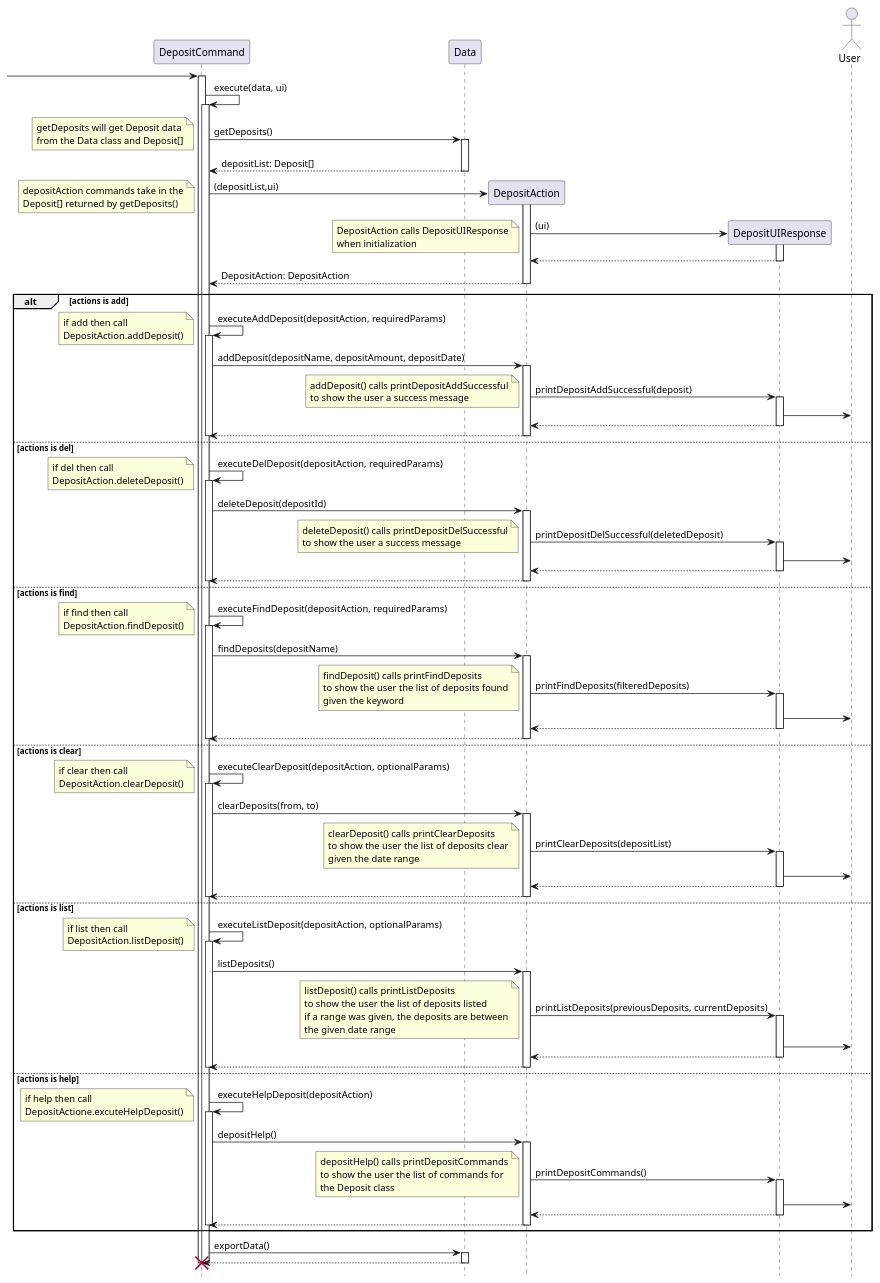
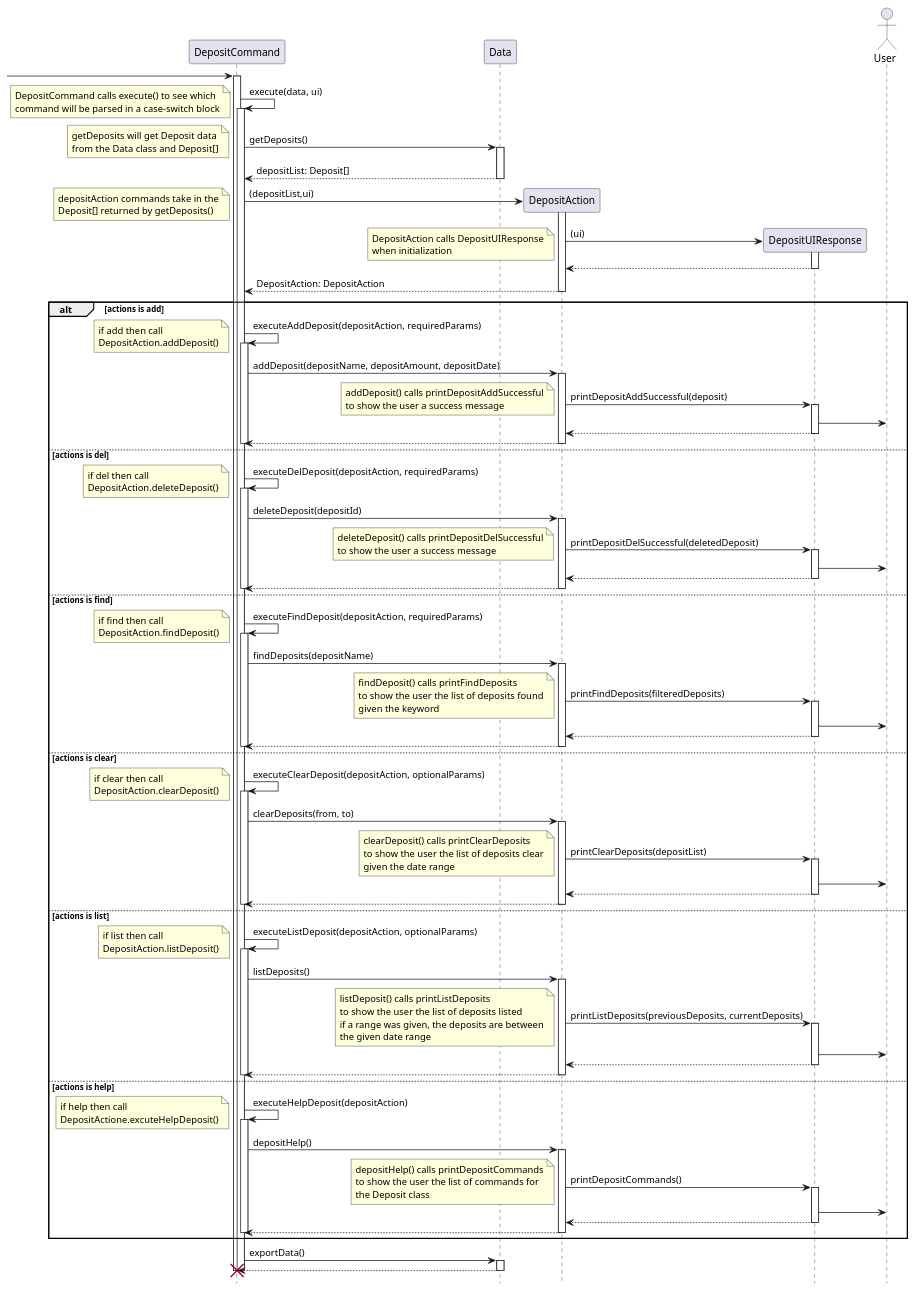
One commit to stephenkyang/tp changed the diagram in docs/diagrams/DepositCommandSequence.puml. Above: the diagram before and after it, drawn with PlantUML. The commit also changed 1 other file, not shown here.

Commit message:
added execute note.

```diff
--- a/docs/diagrams/DepositCommandSequence.puml
+++ b/docs/diagrams/DepositCommandSequence.puml
@@ -1,195 +1,199 @@
 @startuml
 
 hide footbox
 
 participant DepositCommand
 participant Data
 participant DepositAction
 participant DepositUIResponse
 actor User
 
  -> "DepositCommand":
 
 activate "DepositCommand"
 "DepositCommand" -> "DepositCommand": execute(data, ui)
+note left
+    DepositCommand calls execute() to see which
+    command will be parsed in a case-switch block
+ end note
 activate  "DepositCommand"
 "DepositCommand" -> "Data": getDeposits()
  note left
     getDeposits will get Deposit data
     from the Data class and Deposit[]
  end note
 activate "Data"
 return depositList: Deposit[]
 deactivate "Data"
 
 "DepositCommand" -> "DepositAction" ** : (depositList,ui)
  note left
     depositAction commands take in the
     Deposit[] returned by getDeposits()
  end note
 activate "DepositAction"
 
 "DepositAction" -> "DepositUIResponse" ** : (ui)
 note left
     DepositAction calls DepositUIResponse
     when initialization
  end note
 activate "DepositUIResponse"
 "DepositUIResponse" --> "DepositAction"
 deactivate "DepositUIResponse"
 
 return DepositAction: DepositAction
 deactivate "DepositAction"
 
 
 alt actions is add
 "DepositCommand" -> "DepositCommand": executeAddDeposit(depositAction, requiredParams)
 note left
     if add then call
     DepositAction.addDeposit()
  end note
 
 activate "DepositCommand"
 "DepositCommand" -> "DepositAction" : addDeposit(depositName, depositAmount, depositDate)
 activate "DepositAction"
 "DepositAction" -> "DepositUIResponse" : printDepositAddSuccessful(deposit)
 note left
     addDeposit() calls printDepositAddSuccessful
     to show the user a success message
  end note
 
 activate "DepositUIResponse"
 "DepositUIResponse" -> User
 return
 return
 
 deactivate "DepositCommand"
 
 else actions is del
 "DepositCommand" -> "DepositCommand": executeDelDeposit(depositAction, requiredParams)
 note left
     if del then call
     DepositAction.deleteDeposit()
  end note
 activate "DepositCommand"
 "DepositCommand" -> "DepositAction" : deleteDeposit(depositId)
 activate "DepositAction"
 "DepositAction" -> "DepositUIResponse" : printDepositDelSuccessful(deletedDeposit)
 note left
     deleteDeposit() calls printDepositDelSuccessful
     to show the user a success message
  end note
 activate "DepositUIResponse"
 "DepositUIResponse" -> User
 return
 return
 
 deactivate "DepositCommand"
 
 else actions is find
 "DepositCommand" -> "DepositCommand": executeFindDeposit(depositAction, requiredParams)
 note left
     if find then call
     DepositAction.findDeposit()
  end note
 activate "DepositCommand"
 "DepositCommand" -> "DepositAction" : findDeposits(depositName)
 
 activate "DepositAction"
 
 "DepositAction" -> "DepositUIResponse" : printFindDeposits(filteredDeposits)
 note left
     findDeposit() calls printFindDeposits
     to show the user the list of deposits found
     given the keyword
  end note
 activate "DepositUIResponse"
 "DepositUIResponse" -> User
 return
 return
 
 deactivate "DepositCommand"
 
 else actions is clear
 "DepositCommand" -> "DepositCommand": executeClearDeposit(depositAction, optionalParams)
 note left
     if clear then call
     DepositAction.clearDeposit()
  end note
 activate "DepositCommand"
 "DepositCommand" -> "DepositAction" : clearDeposits(from, to)
 
 activate "DepositAction"
 
 "DepositAction" -> "DepositUIResponse" : printClearDeposits(depositList)
 note left
     clearDeposit() calls printClearDeposits
     to show the user the list of deposits clear
     given the date range
 end note
 activate "DepositUIResponse"
 "DepositUIResponse" -> User
 return
 return
 
 deactivate "DepositCommand"
 
 else actions is list
 "DepositCommand" -> "DepositCommand": executeListDeposit(depositAction, optionalParams)
 note left
     if list then call
     DepositAction.listDeposit()
  end note
 activate "DepositCommand"
 "DepositCommand" -> "DepositAction" : listDeposits()
 activate "DepositAction"
 "DepositAction" -> "DepositUIResponse" : printListDeposits(previousDeposits, currentDeposits)
 note left
     listDeposit() calls printListDeposits
     to show the user the list of deposits listed
     if a range was given, the deposits are between
     the given date range
 end note
 activate "DepositUIResponse"
 "DepositUIResponse" -> User
 return
 return
 
 deactivate "DepositCommand"
 
 else actions is help
 
 "DepositCommand" -> "DepositCommand": executeHelpDeposit(depositAction)
 note left
     if help then call
     DepositActione.excuteHelpDeposit()
  end note
 activate "DepositCommand"
 "DepositCommand" -> "DepositAction" : depositHelp()
 activate "DepositAction"
 "DepositAction" -> "DepositUIResponse" : printDepositCommands()
 note left
     depositHelp() calls printDepositCommands
     to show the user the list of commands for
     the Deposit class
 end note
 activate "DepositUIResponse"
 "DepositUIResponse" -> User
 return
 return
 
 deactivate "DepositCommand"
 
 end
 
 "DepositCommand" -> "Data": exportData()
 
 activate "Data"
 return
 
 deactivate "Data"
 
 destroy "DepositCommand"
 deactivate "DepositCommand"
 
 @enduml
```
